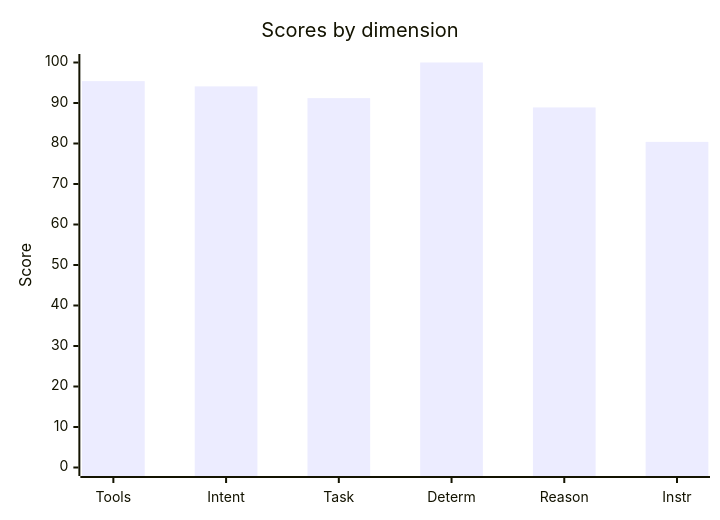
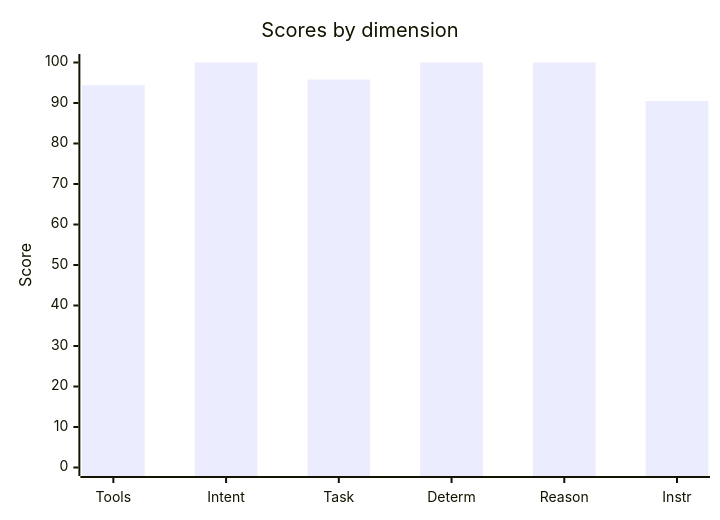
Before and after one commit to NeoXider/CoreAI: the diagram in Docs/Images/example_report/example_report.md, drawn with Mermaid. The commit also changed other lines of this file and 11 other files, not shown here.

````diff
--- a/Docs/Images/example_report/example_report.md
+++ b/Docs/Images/example_report/example_report.md
@@ -33,7 +33,7 @@
 ```mermaid
 xychart-beta
     title "Scores by dimension"
     x-axis ["Tools", "Intent", "Task", "Determ", "Reason", "Instr"]
     y-axis "Score" 0 --> 100
-    bar [95.4, 94.1, 91.2, 100, 88.9, 80.4]
+    bar [94.4, 100, 95.8, 100, 100, 90.5]
 ```
````
